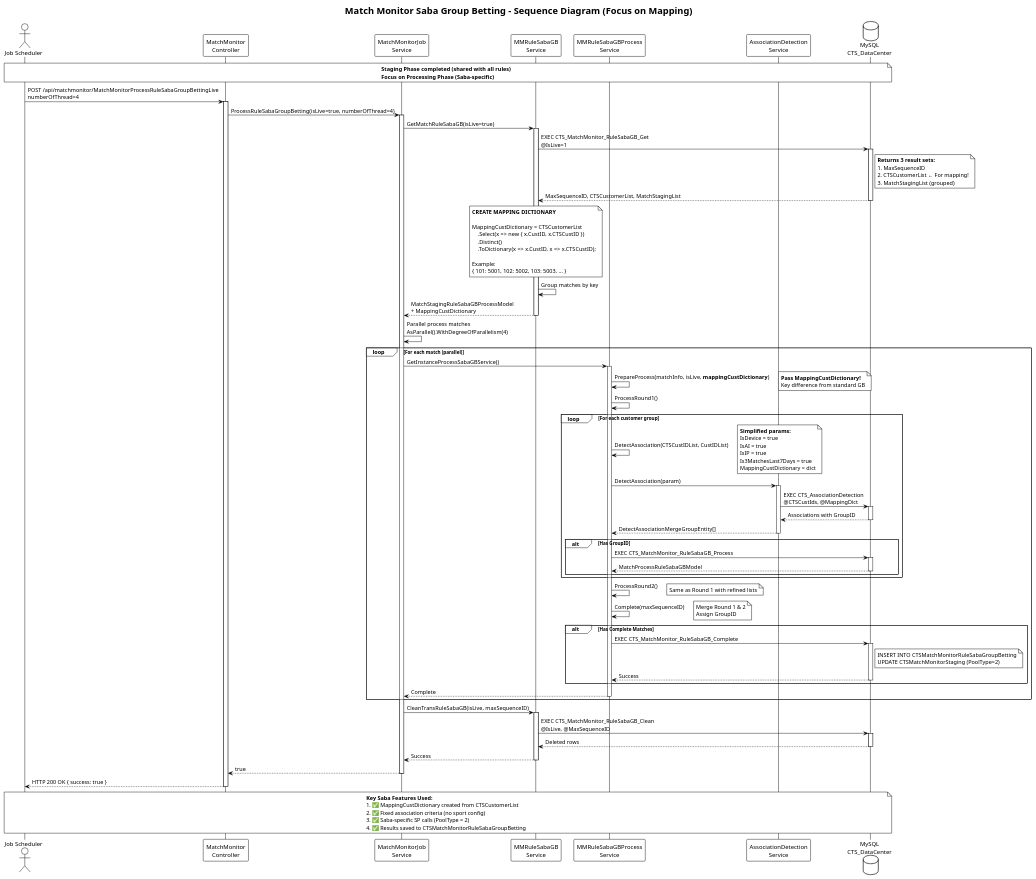
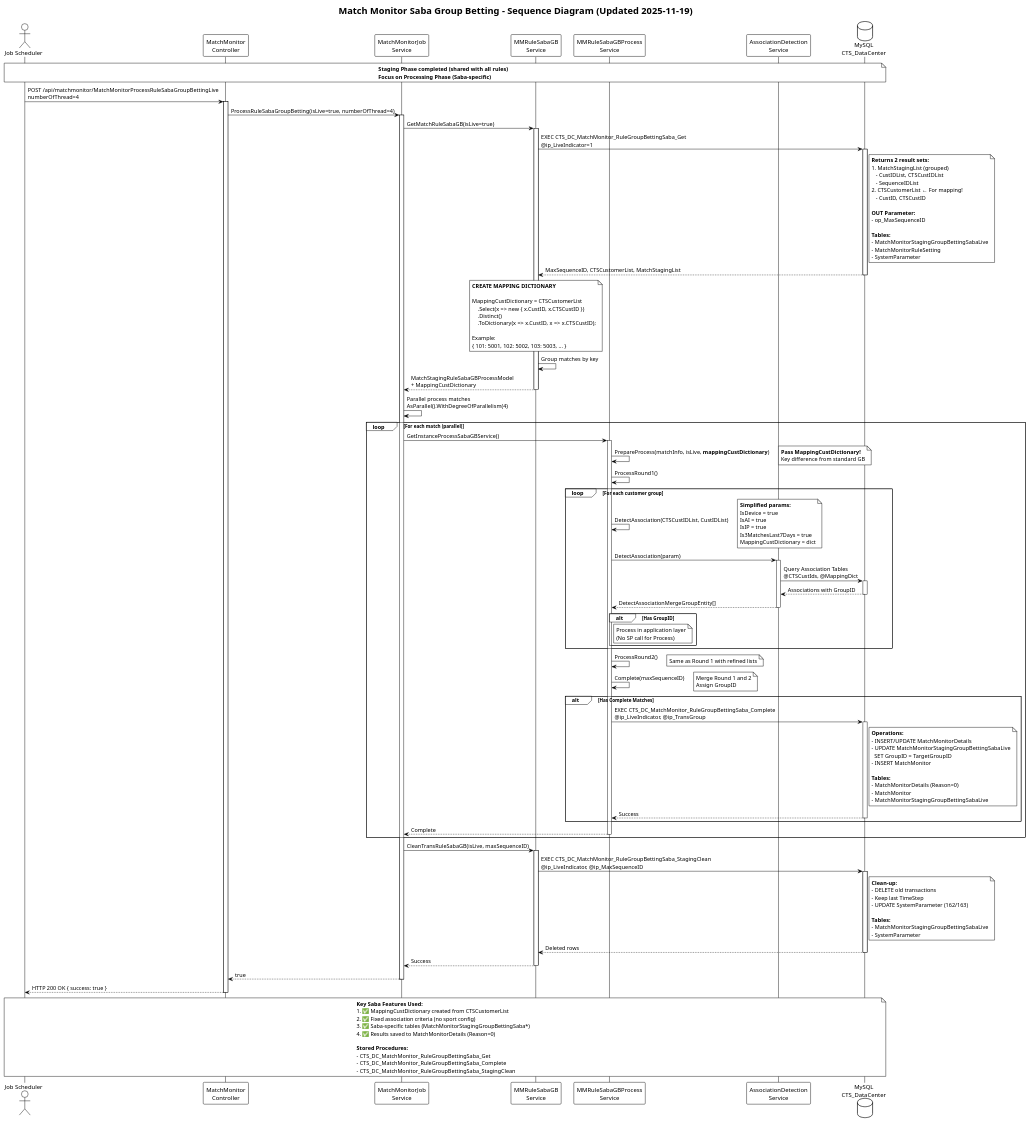
Before and after one commit to starixvn/spu_qcteam: the diagram in Document/md/MatchMonitor/SabaGroupBetting/puml/SabaGroupBetting_02_Sequence.puml, drawn with PlantUML. The commit also changed other lines of this file and 12 other files, not shown here.

```diff
--- a/Document/md/MatchMonitor/SabaGroupBetting/puml/SabaGroupBetting_02_Sequence.puml
+++ b/Document/md/MatchMonitor/SabaGroupBetting/puml/SabaGroupBetting_02_Sequence.puml
@@ -1,143 +1,176 @@
 @startuml SabaGroupBetting_Sequence
 !theme plain
-title Match Monitor Saba Group Betting - Sequence Diagram (Focus on Mapping)
+title Match Monitor Saba Group Betting - Sequence Diagram (Updated 2025-11-19)
 
 actor "Job Scheduler" as Scheduler
 participant "MatchMonitor\nController" as Controller
 participant "MatchMonitorJob\nService" as JobService
 participant "MMRuleSabaGB\nService" as SabaService
 participant "MMRuleSabaGBProcess\nService" as ProcessService
 participant "AssociationDetection\nService" as AssocService
 database "MySQL\nCTS_DataCenter" as DB
 
 note over Scheduler, DB
     **Staging Phase completed (shared with all rules)**
     **Focus on Processing Phase (Saba-specific)**
 end note
 
 Scheduler -> Controller: POST /api/matchmonitor/MatchMonitorProcessRuleSabaGroupBettingLive\nnumberOfThread=4
 activate Controller
 
 Controller -> JobService: ProcessRuleSabaGroupBetting(isLive=true, numberOfThread=4)
 activate JobService
 
 JobService -> SabaService: GetMatchRuleSabaGB(isLive=true)
 activate SabaService
 
-SabaService -> DB: EXEC CTS_MatchMonitor_RuleSabaGB_Get\n@IsLive=1
+SabaService -> DB: EXEC CTS_DC_MatchMonitor_RuleGroupBettingSaba_Get\n@ip_LiveIndicator=1
 activate DB
 note right of DB
-    **Returns 3 result sets:**
-    1. MaxSequenceID
+    **Returns 2 result sets:**
+    1. MatchStagingList (grouped)
+       - CustIDList, CTSCustIDList
+       - SequenceIDList
     2. CTSCustomerList ← For mapping!
-    3. MatchStagingList (grouped)
+       - CustID, CTSCustID
+    
+    **OUT Parameter:**
+    - op_MaxSequenceID
+    
+    **Tables:**
+    - MatchMonitorStagingGroupBettingSabaLive
+    - MatchMonitorRuleSetting
+    - SystemParameter
 end note
 DB --> SabaService: MaxSequenceID, CTSCustomerList, MatchStagingList
 deactivate DB
 
 note over SabaService
     **CREATE MAPPING DICTIONARY**
     
     MappingCustDictionary = CTSCustomerList
         .Select(x => new { x.CustID, x.CTSCustID })
         .Distinct()
         .ToDictionary(x => x.CustID, x => x.CTSCustID);
     
     Example:
     { 101: 5001, 102: 5002, 103: 5003, ... }
 end note
 
 SabaService -> SabaService: Group matches by key
 
 SabaService --> JobService: MatchStagingRuleSabaGBProcessModel\n+ MappingCustDictionary
 deactivate SabaService
 
 JobService -> JobService: Parallel process matches\nAsParallel().WithDegreeOfParallelism(4)
 
 loop For each match (parallel)
     JobService -> ProcessService: GetInstanceProcessSabaGBService()
     activate ProcessService
     
     ProcessService -> ProcessService: PrepareProcess(matchInfo, isLive, **mappingCustDictionary**)
     note right
         **Pass MappingCustDictionary!**
         Key difference from standard GB
     end note
     
     ProcessService -> ProcessService: ProcessRound1()
     loop For each customer group
         ProcessService -> ProcessService: DetectAssociation(CTSCustIDList, CustIDList)
         note right
             **Simplified params:**
             IsDevice = true
             IsAI = true
             IsIP = true
             Is3MatchesLast7Days = true
             MappingCustDictionary = dict
         end note
         
         ProcessService -> AssocService: DetectAssociation(param)
         activate AssocService
-        AssocService -> DB: EXEC CTS_AssociationDetection\n@CTSCustIds, @MappingDict
+        AssocService -> DB: Query Association Tables\n@CTSCustIds, @MappingDict
         activate DB
         DB --> AssocService: Associations with GroupID
         deactivate DB
         AssocService --> ProcessService: DetectAssociationMergeGroupEntity[]
         deactivate AssocService
         
         alt Has GroupID
-            ProcessService -> DB: EXEC CTS_MatchMonitor_RuleSabaGB_Process
-            activate DB
-            DB --> ProcessService: MatchProcessRuleSabaGBModel
-            deactivate DB
+            note right of ProcessService
+                Process in application layer
+                (No SP call for Process)
+            end note
         end
     end
     
     ProcessService -> ProcessService: ProcessRound2()
     note right: Same as Round 1 with refined lists
     
     ProcessService -> ProcessService: Complete(maxSequenceID)
     note right
-        Merge Round 1 & 2
+        Merge Round 1 and 2
         Assign GroupID
     end note
     
     alt Has Complete Matches
-        ProcessService -> DB: EXEC CTS_MatchMonitor_RuleSabaGB_Complete
+        ProcessService -> DB: EXEC CTS_DC_MatchMonitor_RuleGroupBettingSaba_Complete\n@ip_LiveIndicator, @ip_TransGroup
         activate DB
         note right of DB
-            INSERT INTO CTSMatchMonitorRuleSabaGroupBetting
-            UPDATE CTSMatchMonitorStaging (PoolType=2)
+            **Operations:**
+            - INSERT/UPDATE MatchMonitorDetails
+            - UPDATE MatchMonitorStagingGroupBettingSabaLive
+              SET GroupID = TargetGroupID
+            - INSERT MatchMonitor
+            
+            **Tables:**
+            - MatchMonitorDetails (Reason=0)
+            - MatchMonitor
+            - MatchMonitorStagingGroupBettingSabaLive
         end note
         DB --> ProcessService: Success
         deactivate DB
     end
     
     ProcessService --> JobService: Complete
     deactivate ProcessService
 end
 
 JobService -> SabaService: CleanTransRuleSabaGB(isLive, maxSequenceID)
 activate SabaService
-SabaService -> DB: EXEC CTS_MatchMonitor_RuleSabaGB_Clean\n@IsLive, @MaxSequenceID
+SabaService -> DB: EXEC CTS_DC_MatchMonitor_RuleGroupBettingSaba_StagingClean\n@ip_LiveIndicator, @ip_MaxSequenceID
 activate DB
+note right of DB
+    **Clean-up:**
+    - DELETE old transactions
+    - Keep last TimeStep
+    - UPDATE SystemParameter (162/163)
+    
+    **Tables:**
+    - MatchMonitorStagingGroupBettingSabaLive
+    - SystemParameter
+end note
 DB --> SabaService: Deleted rows
 deactivate DB
 SabaService --> JobService: Success
 deactivate SabaService
 
 JobService --> Controller: true
 deactivate JobService
 
 Controller --> Scheduler: HTTP 200 OK { success: true }
 deactivate Controller
 
 note over Scheduler, DB
     **Key Saba Features Used:**
     1. ✅ MappingCustDictionary created from CTSCustomerList
     2. ✅ Fixed association criteria (no sport config)
-    3. ✅ Saba-specific SP calls (PoolType = 2)
-    4. ✅ Results saved to CTSMatchMonitorRuleSabaGroupBetting
+    3. ✅ Saba-specific tables (MatchMonitorStagingGroupBettingSaba*)
+    4. ✅ Results saved to MatchMonitorDetails (Reason=0)
+    
+    **Stored Procedures:**
+    - CTS_DC_MatchMonitor_RuleGroupBettingSaba_Get
+    - CTS_DC_MatchMonitor_RuleGroupBettingSaba_Complete
+    - CTS_DC_MatchMonitor_RuleGroupBettingSaba_StagingClean
 end note
 
 @enduml
```
